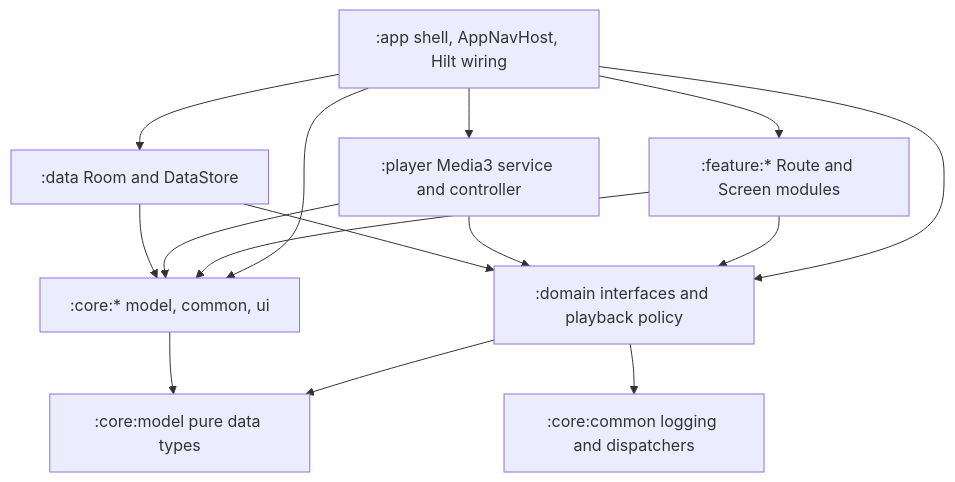
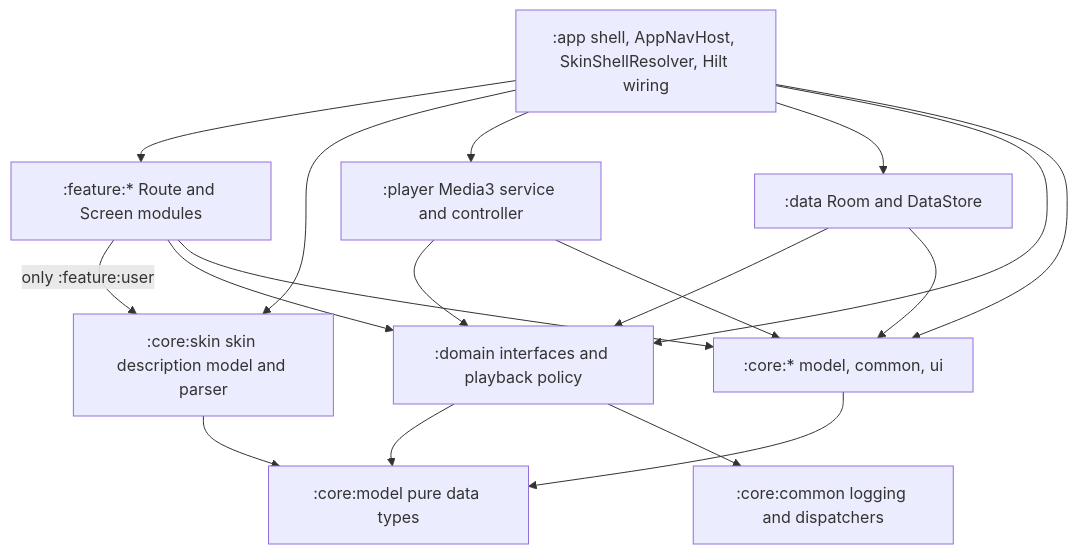
The first of 2 diagrams in openwiki/architecture/module-graph.md (DefineMyCode/melody-in-heart-x), drawn with Mermaid before and after one commit. The commit also changed other lines of this file and 34 other files, not shown here.

Commit message:
docs(openwiki): 知识库刷新到 v3.10.2(样式切换/多主题/文件校验去重/排序/屏幕方向/导入提速/修复/新增 :core:skin 模块)

````diff
--- a/openwiki/architecture/module-graph.md
+++ b/openwiki/architecture/module-graph.md
@@ -92,17 +114,20 @@
 ```mermaid
 flowchart TD
-    APP[":app shell, AppNavHost, Hilt wiring"] --> FEAT[":feature:* Route and Screen modules"]
+    APP[":app shell, AppNavHost, SkinShellResolver, Hilt wiring"] --> FEAT[":feature:* Route and Screen modules"]
+    APP --> SKIN[":core:skin skin description model and parser"]
     APP --> PLAYER[":player Media3 service and controller"]
     APP --> DATA[":data Room and DataStore"]
     APP --> DOMAIN[":domain interfaces and playback policy"]
     APP --> CORE[":core:* model, common, ui"]
+    FEAT -->|"only :feature:user"| SKIN
     FEAT --> DOMAIN
     FEAT --> CORE
     PLAYER --> DOMAIN
     PLAYER --> CORE
     DATA --> DOMAIN
     DATA --> CORE
     DOMAIN --> CMODEL[":core:model pure data types"]
     DOMAIN --> CCOMMON[":core:common logging and dispatchers"]
     CORE --> CMODEL
+    SKIN --> CMODEL
 ```
````
